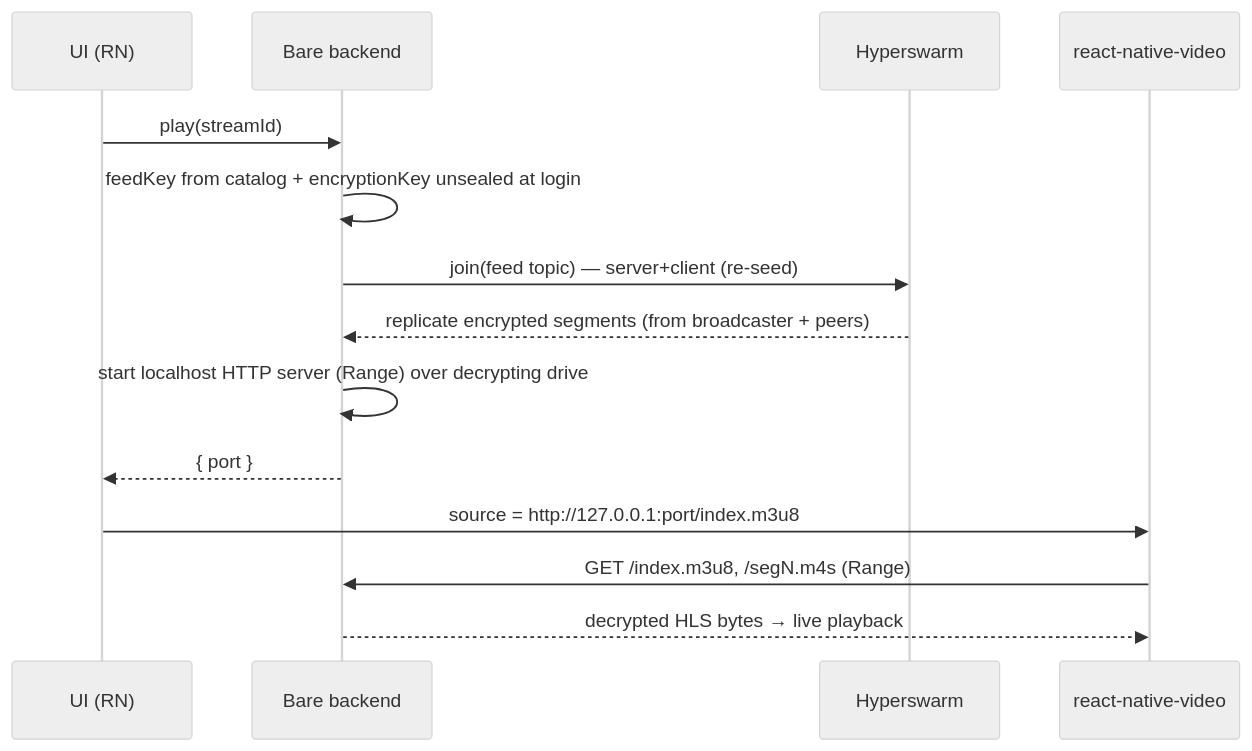
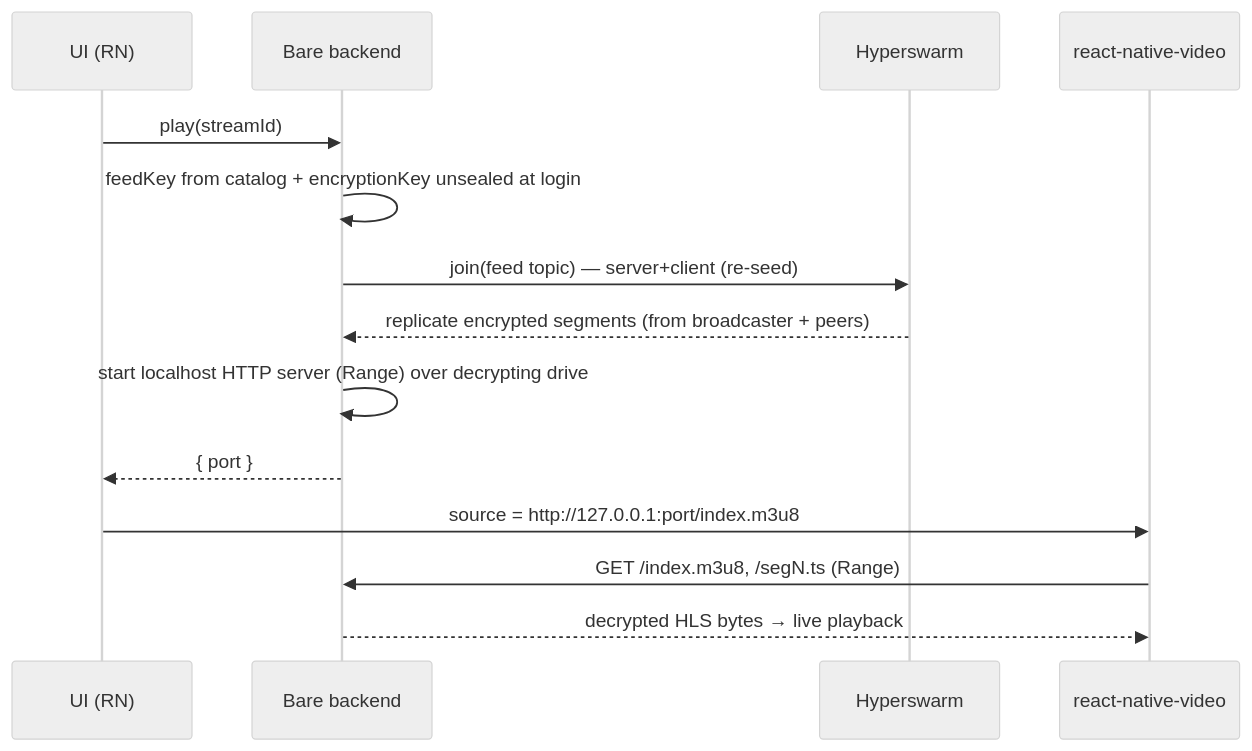
One commit to AbueloSimpson/aliran changed the third of 4 diagrams in docs/architecture.md. Above: the diagram before and after it, drawn with Mermaid (neutral theme). The commit also changed other lines of this file and 9 other files, not shown here.

````diff
--- a/docs/architecture.md
+++ b/docs/architecture.md
@@ -76,16 +89,16 @@
 ```mermaid
 sequenceDiagram
   participant U as UI (RN)
   participant B as Bare backend
   participant SW as Hyperswarm
   participant V as react-native-video
   U->>B: play(streamId)
   B->>B: feedKey from catalog + encryptionKey unsealed at login
   B->>SW: join(feed topic) — server+client (re-seed)
   SW-->>B: replicate encrypted segments (from broadcaster + peers)
   B->>B: start localhost HTTP server (Range) over decrypting drive
   B-->>U: { port }
   U->>V: source = http://127.0.0.1:port/index.m3u8
-  V->>B: GET /index.m3u8, /segN.m4s (Range)
+  V->>B: GET /index.m3u8, /segN.ts (Range)
   B-->>V: decrypted HLS bytes → live playback
 ```
````
